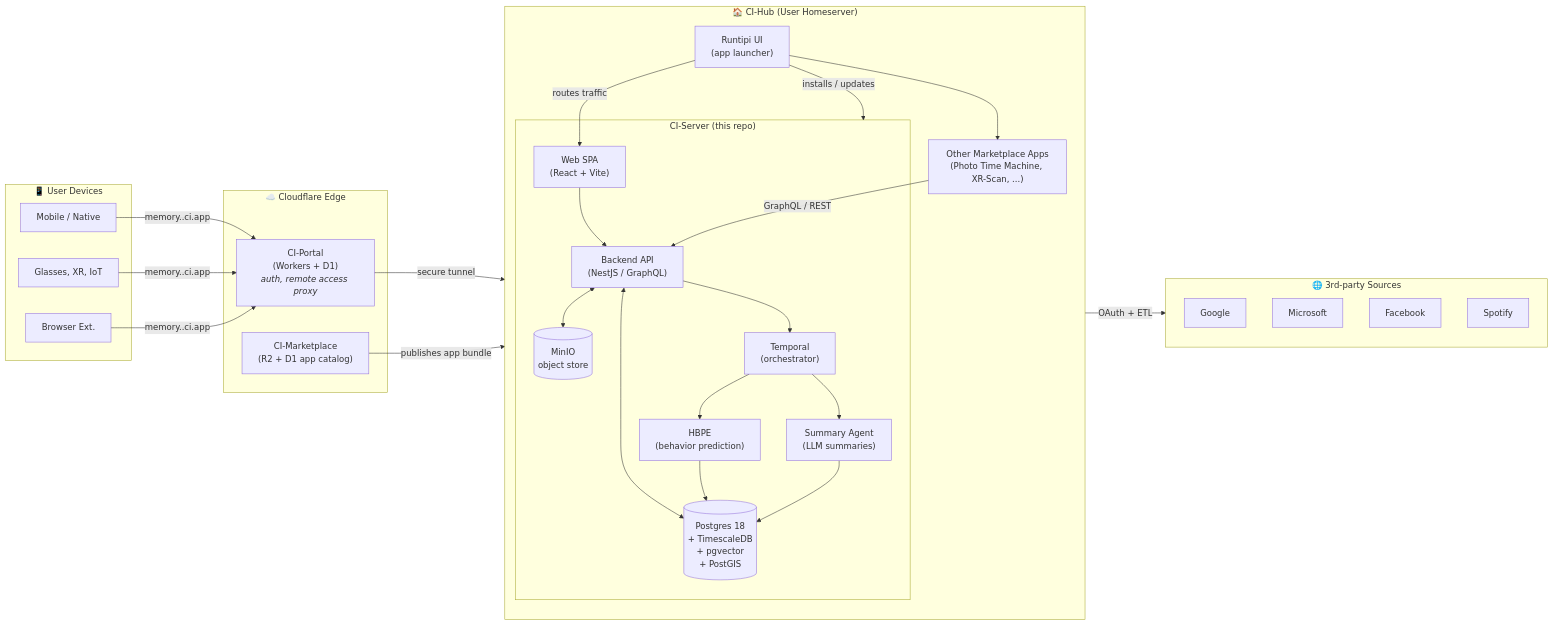
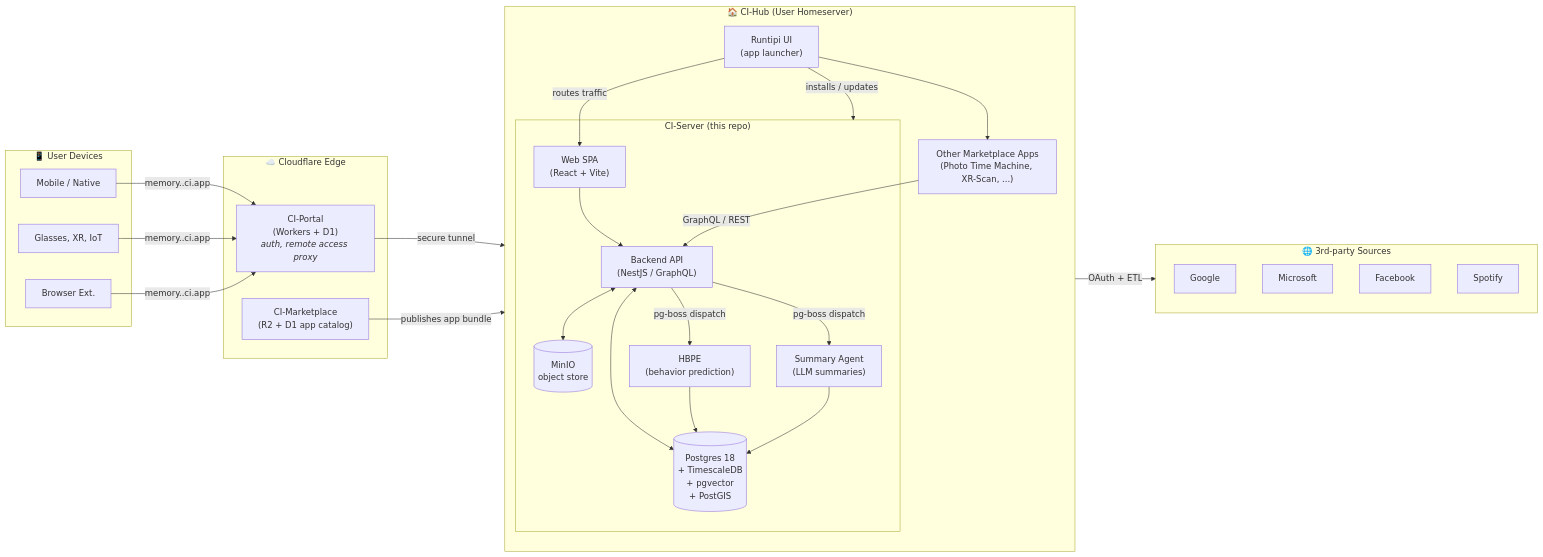
The first of 6 diagrams in docs/architecture/architecture.md (bennettchamberlain/Requiemv1), drawn with Mermaid before and after one commit. The commit also changed other lines of this file and 94 other files, not shown here.

First line of the commit message:
feat(jobs): replace Temporal with pg-boss as the single scheduler

````diff
--- a/docs/architecture/architecture.md
+++ b/docs/architecture/architecture.md
@@ -33,54 +33,52 @@
 ```mermaid
 flowchart LR
     subgraph CLOUD["☁️  Cloudflare Edge"]
         Portal["CI-Portal<br/>(Workers + D1)<br/><i>auth, remote access proxy</i>"]
         Market["CI-Marketplace<br/>(R2 + D1 app catalog)"]
     end
 
     subgraph HUB["🏠  CI-Hub (User Homeserver)"]
         direction TB
         HubUI["Runtipi UI<br/>(app launcher)"]
         subgraph SERVER["CI-Server (this repo)"]
             API["Backend API<br/>(NestJS / GraphQL)"]
             HBPE["HBPE<br/>(behavior prediction)"]
             SUM["Summary Agent<br/>(LLM summaries)"]
             DB[("Postgres 18<br/>+ TimescaleDB<br/>+ pgvector<br/>+ PostGIS")]
             OBJ[("MinIO<br/>object store")]
-            ORC["Temporal<br/>(orchestrator)"]
             Web["Web SPA<br/>(React + Vite)"]
         end
         OtherApps["Other Marketplace Apps<br/>(Photo Time Machine, XR-Scan, ...)"]
     end
 
     subgraph DEVICES["📱  User Devices"]
         Phone["Mobile / Native"]
         XR["Glasses, XR, IoT"]
         Browser["Browser Ext."]
     end
 
     subgraph THIRD["🌐 3rd-party Sources"]
         Google
         Microsoft
         Facebook
         Spotify
     end
 
     Phone & XR & Browser -- "memory.<user>.ci.app" --> Portal
     Portal -- secure tunnel --> HubUI
     HubUI -- routes traffic --> Web
     Web --> API
     Market -- "publishes app bundle" --> HubUI
     HubUI -- "installs / updates" --> SERVER
     HubUI --> OtherApps
     OtherApps -- "GraphQL / REST" --> API
 
     API <--> DB
     API <--> OBJ
-    API --> ORC
-    ORC --> HBPE
-    ORC --> SUM
+    API -- "pg-boss dispatch" --> HBPE
+    API -- "pg-boss dispatch" --> SUM
     HBPE --> DB
     SUM --> DB
 
     API -- OAuth + ETL --> THIRD
 ```
````
